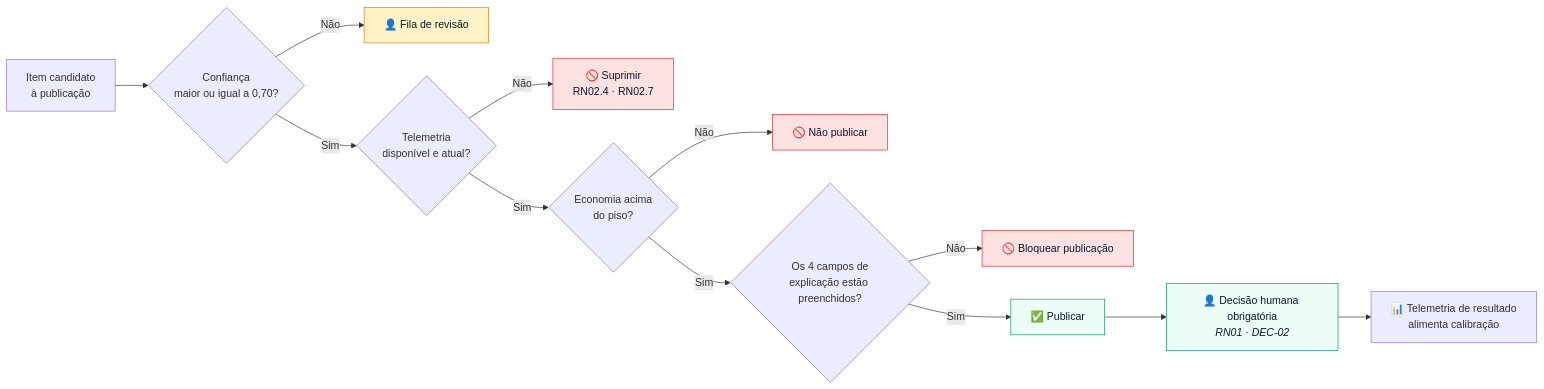
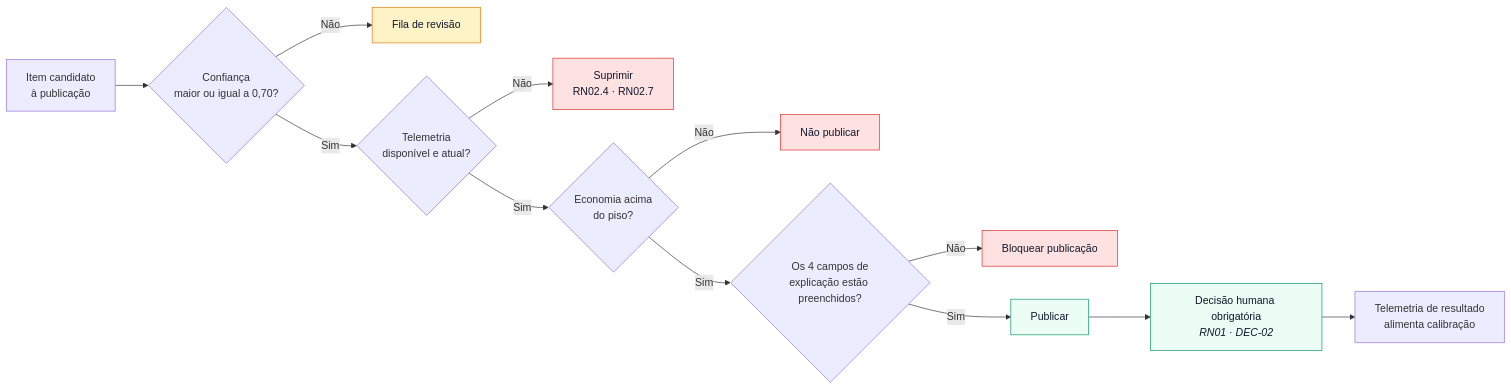
The fifth of 5 diagrams in semana-04/entregavel-01-fluxogramas-motor-ia-algoritmo-consolidacao.md (ES-2026-2/PS), drawn with Mermaid before and after one commit. The commit also changed other lines of this file and 24 other files, not shown here.

````diff
--- a/semana-04/entregavel-01-fluxogramas-motor-ia-algoritmo-consolidacao.md
+++ b/semana-04/entregavel-01-fluxogramas-motor-ia-algoritmo-consolidacao.md
@@ -366,21 +366,21 @@
 ```mermaid
 flowchart LR
     A["Item candidato<br/>à publicação"] --> G1{"Confiança<br/>maior ou igual a 0,70?"}
-    G1 -->|"Não"| R1["👤 Fila de revisão"]
+    G1 -->|"Não"| R1["Fila de revisão"]
     G1 -->|"Sim"| G2{"Telemetria<br/>disponível e atual?"}
-    G2 -->|"Não"| R2["🚫 Suprimir<br/>RN02.4 · RN02.7"]
+    G2 -->|"Não"| R2["Suprimir<br/>RN02.4 · RN02.7"]
     G2 -->|"Sim"| G3{"Economia acima<br/>do piso?"}
-    G3 -->|"Não"| R3["🚫 Não publicar"]
+    G3 -->|"Não"| R3["Não publicar"]
     G3 -->|"Sim"| G4{"Os 4 campos de<br/>explicação estão preenchidos?"}
-    G4 -->|"Não"| R4["🚫 Bloquear publicação"]
-    G4 -->|"Sim"| P["✅ Publicar"]
-    P --> H["👤 Decisão humana obrigatória<br/><i>RN01 · DEC-02</i>"]
-    H --> J["📊 Telemetria de resultado<br/>alimenta calibração"]
+    G4 -->|"Não"| R4["Bloquear publicação"]
+    G4 -->|"Sim"| P["Publicar"]
+    P --> H["Decisão humana obrigatória<br/><i>RN01 · DEC-02</i>"]
+    H --> J["Telemetria de resultado<br/>alimenta calibração"]
 
     classDef bloq fill:#FEE2E2,stroke:#DC2626,color:#0F172A
     classDef rev fill:#FEF3C7,stroke:#D97706,color:#0F172A
     classDef ok fill:#ECFDF5,stroke:#059669,color:#0F172A
     class R2,R3,R4 bloq
     class R1 rev
     class P,H ok
 ```
````
